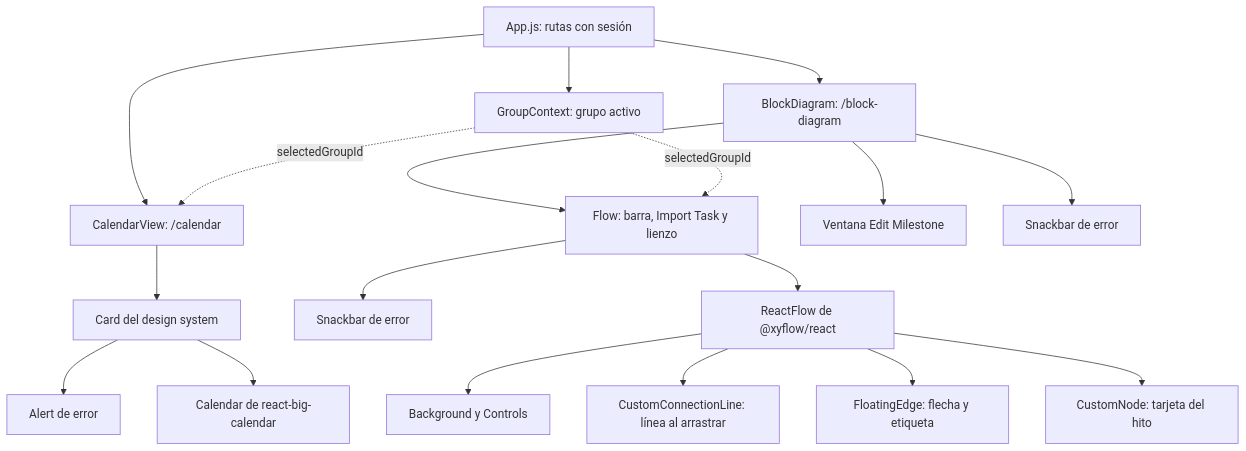
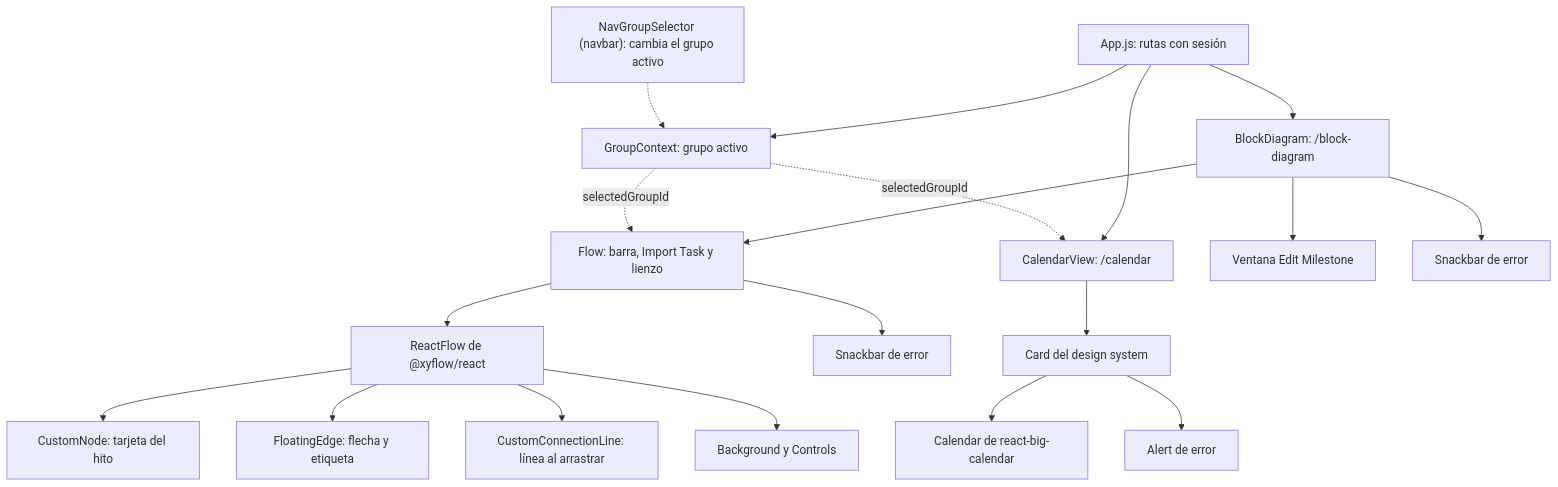
One commit to PabloP150/proyecto-is-cc6 changed the diagram in documentacion/05-interfaz/04-hitos-y-calendario.md. Above: the diagram before and after it, drawn with Mermaid. The commit also changed other lines of this file and 204 other files, not shown here.

First line of the commit message:
docs: update all documentation, diagrams and PNGs to the test/e2e state

````diff
--- a/documentacion/05-interfaz/04-hitos-y-calendario.md
+++ b/documentacion/05-interfaz/04-hitos-y-calendario.md
@@ -46,20 +47,21 @@
 ```mermaid
 flowchart TD
     APP["App.js: rutas con sesión"] --> GC["GroupContext: grupo activo"]
+    NGS["NavGroupSelector (navbar): cambia el grupo activo"] -.-> GC
     APP --> BD["BlockDiagram: /block-diagram"]
     APP --> CV["CalendarView: /calendar"]
     BD --> FL["Flow: barra, Import Task y lienzo"]
     BD --> POP["Ventana Edit Milestone"]
     BD --> SB1["Snackbar de error"]
     FL --> RF["ReactFlow de @xyflow/react"]
     FL --> SB2["Snackbar de error"]
     RF --> CN["CustomNode: tarjeta del hito"]
     RF --> FE["FloatingEdge: flecha y etiqueta"]
     RF --> CL["CustomConnectionLine: línea al arrastrar"]
     RF --> BGC["Background y Controls"]
     CV --> CARD["Card del design system"]
     CARD --> CAL["Calendar de react-big-calendar"]
     CARD --> AL["Alert de error"]
     GC -.->|"selectedGroupId"| FL
     GC -.->|"selectedGroupId"| CV
 ```
````
